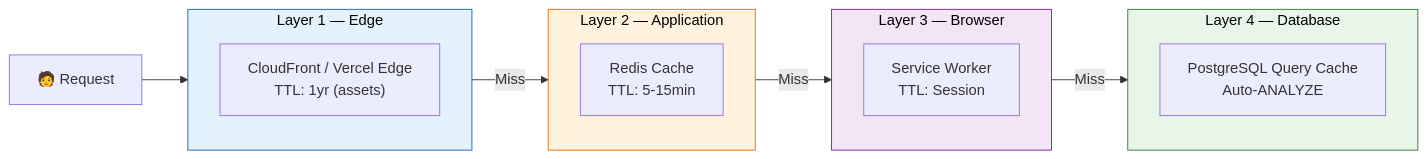
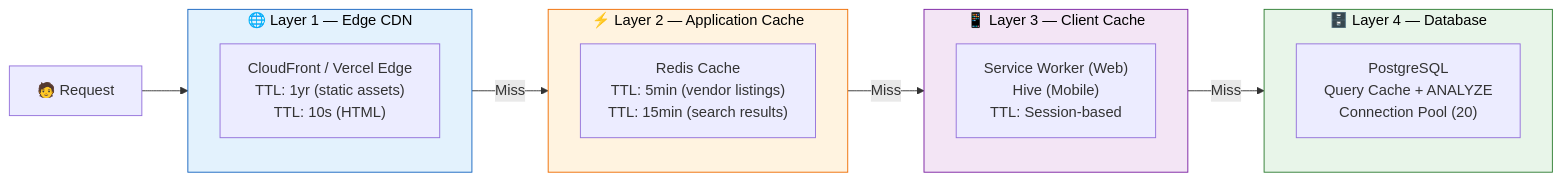
One commit to harib8000/wed changed diagram 20 of 33 in README.md. Above: the diagram before and after it, drawn with Mermaid. The commit also changed other lines of this file and 11 other files, not shown here.

First line of the commit message:
docs: world-class golden standard README — 3563 lines, 33 mermaid diagrams, 35 sections, 111 sub-headings

````diff
--- a/README.md
+++ b/README.md
@@ -1166,28 +1885,28 @@
 ```mermaid
 flowchart LR
-    subgraph L1["Layer 1 — Edge"]
-        CDN["CloudFront / Vercel Edge<br/>TTL: 1yr (assets)"]
+    subgraph L1["🌐 Layer 1 — Edge CDN"]
+        CDN["CloudFront / Vercel Edge<br/>TTL: 1yr (static assets)<br/>TTL: 10s (HTML)"]
     end
 
-    subgraph L2["Layer 2 — Application"]
-        REDIS_C["Redis Cache<br/>TTL: 5-15min"]
+    subgraph L2["⚡ Layer 2 — Application Cache"]
+        REDIS_C["Redis Cache<br/>TTL: 5min (vendor listings)<br/>TTL: 15min (search results)"]
     end
 
-    subgraph L3["Layer 3 — Browser"]
-        SW["Service Worker<br/>TTL: Session"]
+    subgraph L3["📱 Layer 3 — Client Cache"]
+        SW["Service Worker (Web)<br/>Hive (Mobile)<br/>TTL: Session-based"]
     end
 
-    subgraph L4["Layer 4 — Database"]
-        PG_C["PostgreSQL Query Cache<br/>Auto-ANALYZE"]
+    subgraph L4["🗄️ Layer 4 — Database"]
+        PG_C["PostgreSQL<br/>Query Cache + ANALYZE<br/>Connection Pool (20)"]
     end
 
     REQ["🧑 Request"] --> L1
     L1 -->|Miss| L2
     L2 -->|Miss| L3
     L3 -->|Miss| L4
 
     style L1 fill:#e3f2fd,stroke:#1565c0,color:#000
     style L2 fill:#fff3e0,stroke:#ef6c00,color:#000
     style L3 fill:#f3e5f5,stroke:#7b1fa2,color:#000
     style L4 fill:#e8f5e9,stroke:#2e7d32,color:#000
 ```
````
